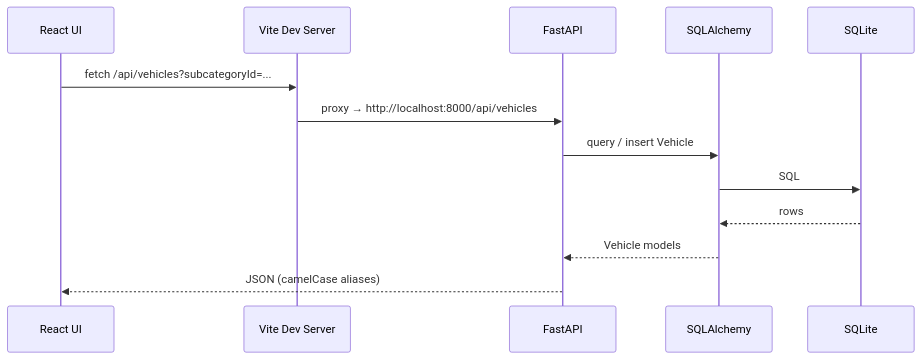
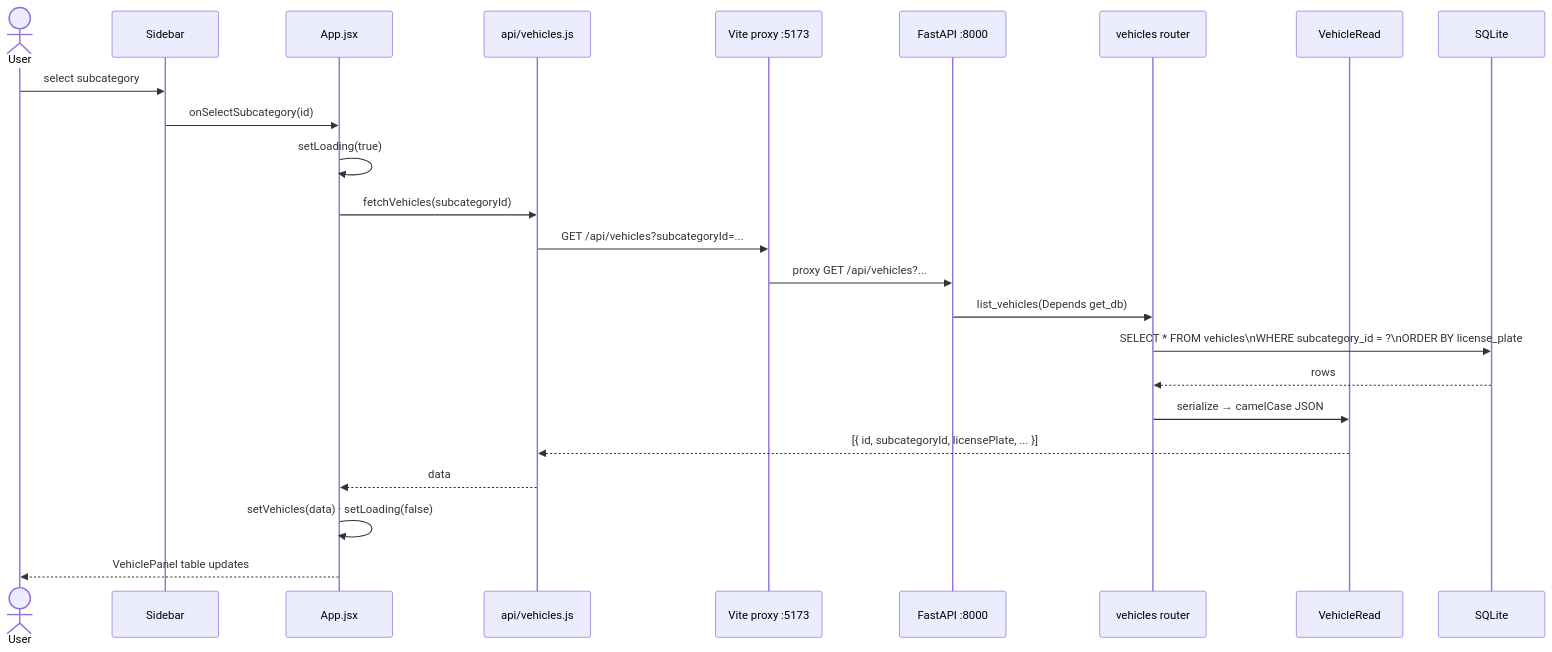
Before and after one commit to ajeske/fleet-app: the sixth of 8 diagrams in README.md, drawn with Mermaid. The commit also changed other lines of this file, not shown here.

Commit message:
More detailed Architecture diagrams.

````diff
--- a/README.md
+++ b/README.md
@@ -51,16 +199,27 @@
 ```mermaid
 sequenceDiagram
-  participant UI as React UI
-  participant Vite as Vite Dev Server
-  participant API as FastAPI
-  participant ORM as SQLAlchemy
+  actor User
+  participant Sidebar
+  participant App as App.jsx
+  participant Api as api/vehicles.js
+  participant Vite as Vite proxy :5173
+  participant FastAPI as FastAPI :8000
+  participant Router as vehicles router
+  participant Schema as VehicleRead
   participant DB as SQLite
 
-  UI->>Vite: fetch /api/vehicles?subcategoryId=...
-  Vite->>API: proxy → http://localhost:8000/api/vehicles
-  API->>ORM: query / insert Vehicle
-  ORM->>DB: SQL
-  DB-->>ORM: rows
-  ORM-->>API: Vehicle models
-  API-->>UI: JSON (camelCase aliases)
+  User->>Sidebar: select subcategory
+  Sidebar->>App: onSelectSubcategory(id)
+  App->>App: setLoading(true)
+  App->>Api: fetchVehicles(subcategoryId)
+  Api->>Vite: GET /api/vehicles?subcategoryId=...
+  Vite->>FastAPI: proxy GET /api/vehicles?...
+  FastAPI->>Router: list_vehicles(Depends get_db)
+  Router->>DB: SELECT * FROM vehicles\nWHERE subcategory_id = ?\nORDER BY license_plate
+  DB-->>Router: rows
+  Router->>Schema: serialize → camelCase JSON
+  Schema-->>Api: [{ id, subcategoryId, licensePlate, ... }]
+  Api-->>App: data
+  App->>App: setVehicles(data) · setLoading(false)
+  App-->>User: VehiclePanel table updates
 ```
````
